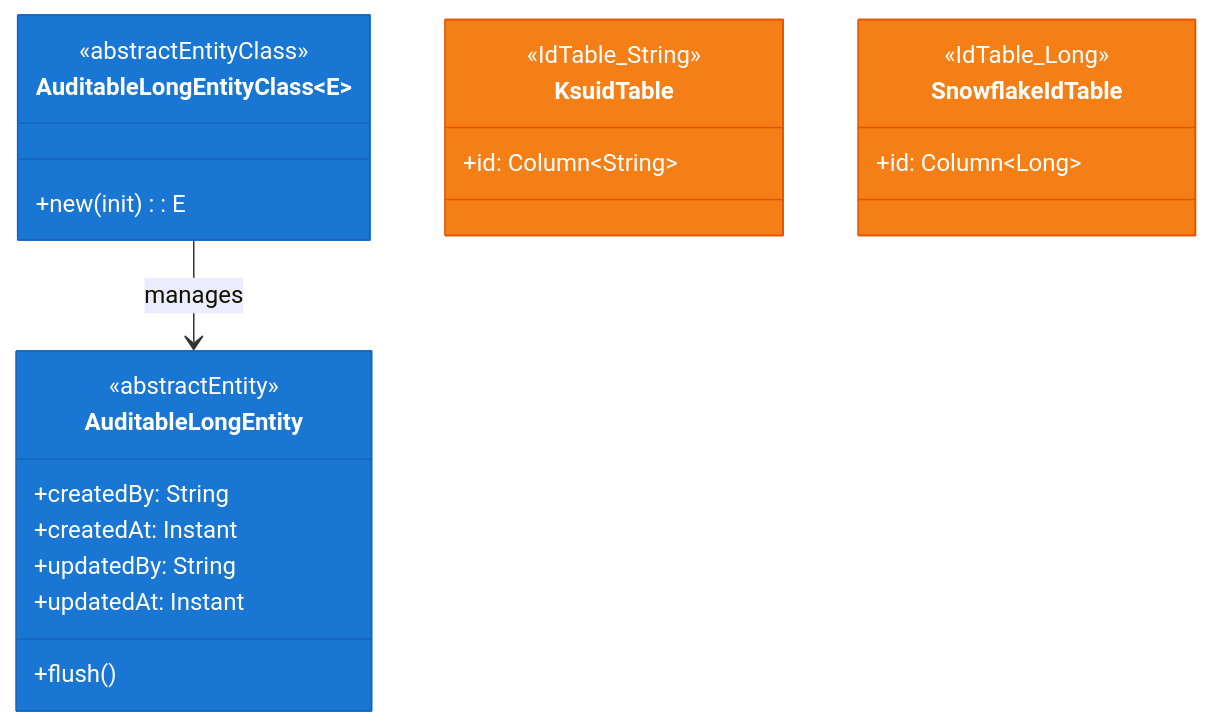
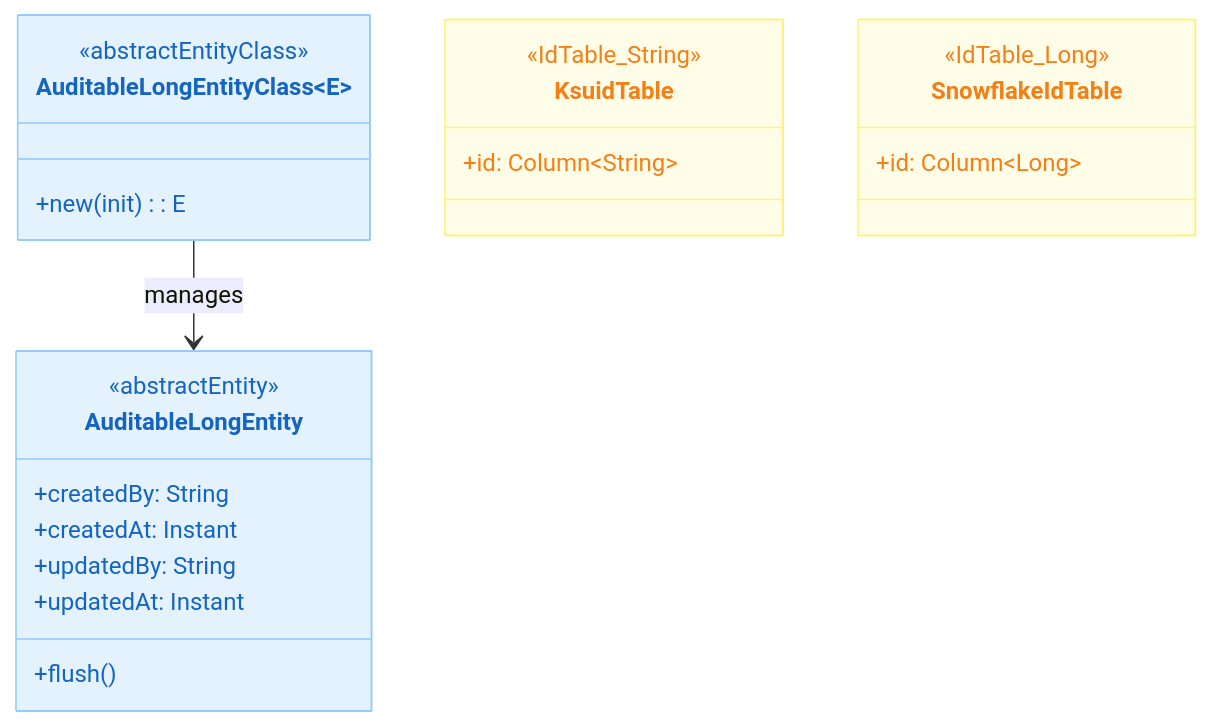
Before and after one commit to bluetape4k/bluetape4k-projects: the first of 4 diagrams in data/exposed-dao/README.ko.md, drawn with Mermaid. The commit also changed other lines of this file and 219 other files, not shown here.

First line of the commit message:
docs: 전체 README Mermaid 다이어그램 가이드 적용

````diff
--- a/data/exposed-dao/README.ko.md
+++ b/data/exposed-dao/README.ko.md
@@ -229,30 +229,30 @@
 ```mermaid
 classDiagram
     direction TB
     class AuditableLongEntity {
         <<abstractEntity>>
         +createdBy: String
         +createdAt: Instant
         +updatedBy: String
         +updatedAt: Instant
         +flush()
     }
     class AuditableLongEntityClass~E~ {
         <<abstractEntityClass>>
         +new(init): E
     }
     class KsuidTable {
         <<IdTable_String>>
         +id: Column~String~
     }
     class SnowflakeIdTable {
         <<IdTable_Long>>
         +id: Column~Long~
     }
     AuditableLongEntityClass --> AuditableLongEntity : manages
 
-    style AuditableLongEntity fill:#1976D2,stroke:#1565C0,color:#FFFFFF
-    style AuditableLongEntityClass fill:#1976D2,stroke:#1565C0,color:#FFFFFF
-    style KsuidTable fill:#F57F17,stroke:#E65100,color:#FFFFFF
-    style SnowflakeIdTable fill:#F57F17,stroke:#E65100,color:#FFFFFF
+    style AuditableLongEntity fill:#E3F2FD,stroke:#90CAF9,color:#1565C0
+    style AuditableLongEntityClass fill:#E3F2FD,stroke:#90CAF9,color:#1565C0
+    style KsuidTable fill:#FFFDE7,stroke:#FFF176,color:#F57F17
+    style SnowflakeIdTable fill:#FFFDE7,stroke:#FFF176,color:#F57F17
 ```
````
